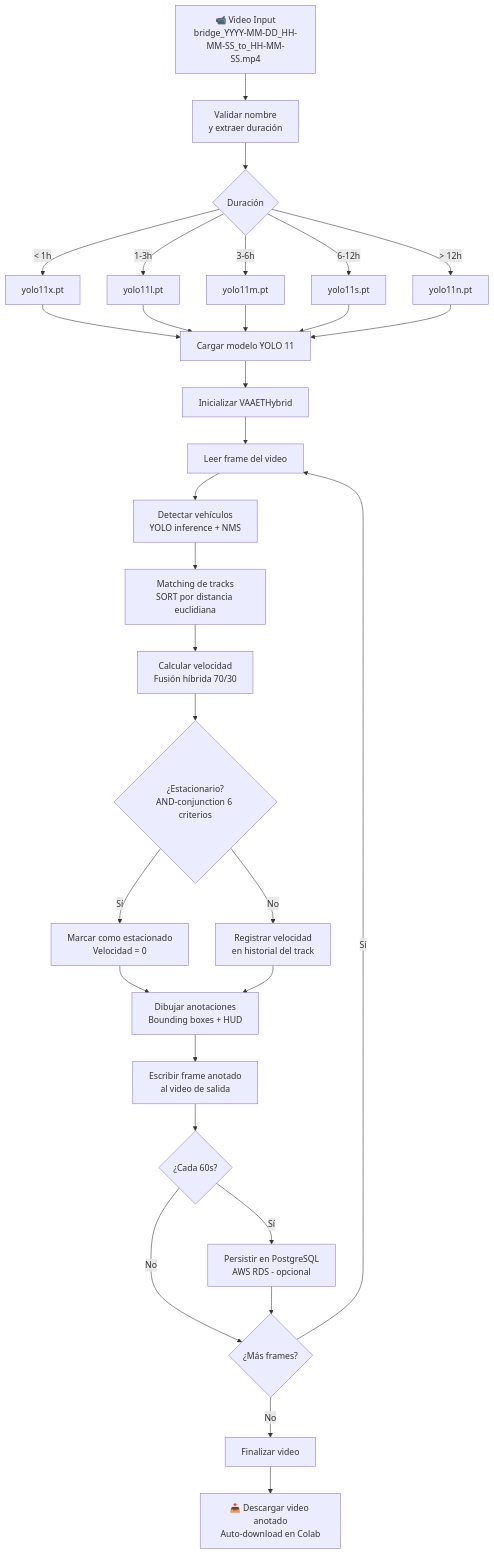
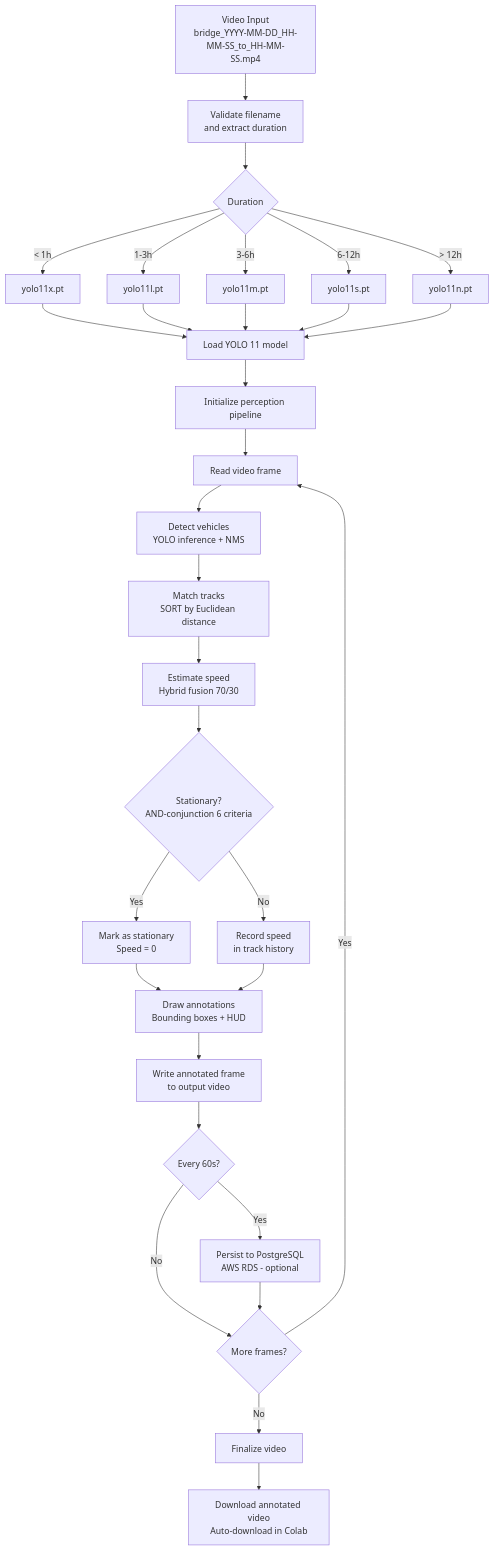
The diagram in Docs/diagrams/pipeline-flow.md (aka-titesen/vaaet), drawn with Mermaid before and after one commit. The commit also changed other lines of this file and 44 other files, not shown here.

````diff
--- a/Docs/diagrams/pipeline-flow.md
+++ b/Docs/diagrams/pipeline-flow.md
@@ -8,35 +8,35 @@
 ```mermaid
 flowchart TD
-    A[📹 Video Input<br/>bridge_YYYY-MM-DD_HH-MM-SS_to_HH-MM-SS.mp4] --> B[Validar nombre<br/>y extraer duración]
-    B --> C{Duración}
+    A[Video Input<br/>bridge_YYYY-MM-DD_HH-MM-SS_to_HH-MM-SS.mp4] --> B[Validate filename<br/>and extract duration]
+    B --> C{Duration}
     C -->|< 1h| D1[yolo11x.pt]
     C -->|1-3h| D2[yolo11l.pt]
     C -->|3-6h| D3[yolo11m.pt]
     C -->|6-12h| D4[yolo11s.pt]
     C -->|> 12h| D5[yolo11n.pt]
     
-    D1 & D2 & D3 & D4 & D5 --> E[Cargar modelo YOLO 11]
+    D1 & D2 & D3 & D4 & D5 --> E[Load YOLO 11 model]
     
-    E --> F[Inicializar VAAETHybrid]
-    F --> G[Leer frame del video]
+    E --> F[Initialize perception pipeline]
+    F --> G[Read video frame]
     
-    G --> H[Detectar vehículos<br/>YOLO inference + NMS]
-    H --> I[Matching de tracks<br/>SORT por distancia euclidiana]
-    I --> J[Calcular velocidad<br/>Fusión híbrida 70/30]
-    J --> K{¿Estacionario?<br/>AND-conjunction 6 criterios}
+    G --> H[Detect vehicles<br/>YOLO inference + NMS]
+    H --> I[Match tracks<br/>SORT by Euclidean distance]
+    I --> J[Estimate speed<br/>Hybrid fusion 70/30]
+    J --> K{Stationary?<br/>AND-conjunction 6 criteria}
     
-    K -->|Sí| L[Marcar como estacionado<br/>Velocidad = 0]
-    K -->|No| M[Registrar velocidad<br/>en historial del track]
+    K -->|Yes| L[Mark as stationary<br/>Speed = 0]
+    K -->|No| M[Record speed<br/>in track history]
     
-    L & M --> N[Dibujar anotaciones<br/>Bounding boxes + HUD]
-    N --> O[Escribir frame anotado<br/>al video de salida]
+    L & M --> N[Draw annotations<br/>Bounding boxes + HUD]
+    N --> O[Write annotated frame<br/>to output video]
     
-    O --> P{¿Cada 60s?}
-    P -->|Sí| Q[Persistir en PostgreSQL<br/>AWS RDS - opcional]
-    P -->|No| R{¿Más frames?}
+    O --> P{Every 60s?}
+    P -->|Yes| Q[Persist to PostgreSQL<br/>AWS RDS - optional]
+    P -->|No| R{More frames?}
     Q --> R
     
-    R -->|Sí| G
-    R -->|No| S[Finalizar video]
-    S --> T[📥 Descargar video anotado<br/>Auto-download en Colab]
+    R -->|Yes| G
+    R -->|No| S[Finalize video]
+    S --> T[Download annotated video<br/>Auto-download in Colab]
 ```
````
